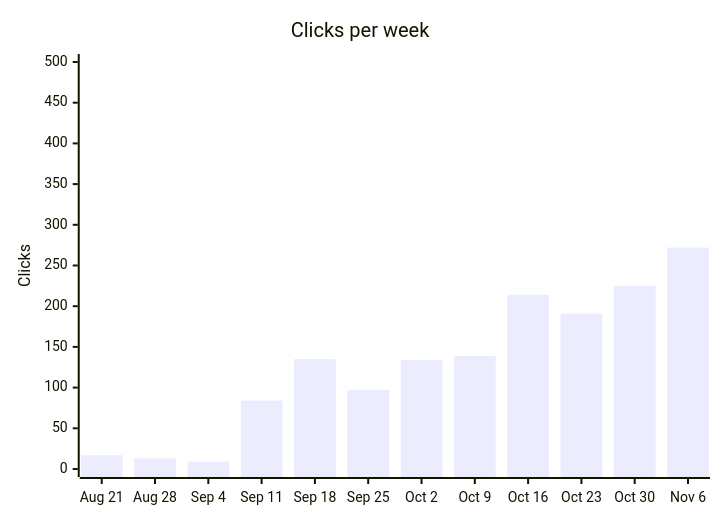
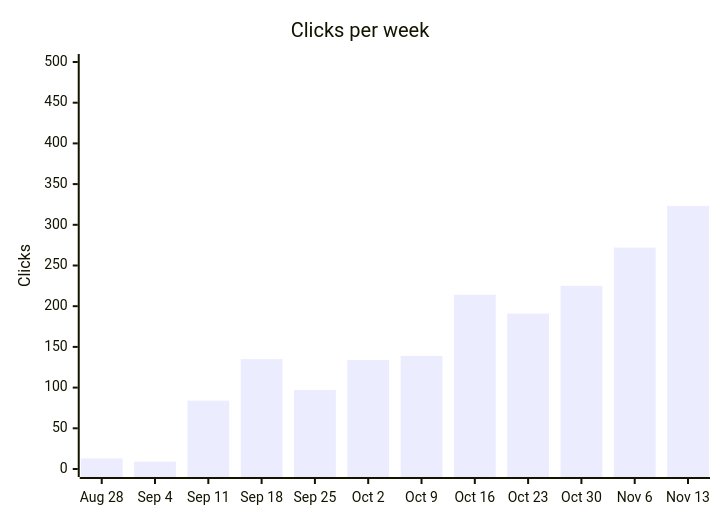
One commit to langx/website changed the first of 13 diagrams in latest.md. Above: the diagram before and after it, drawn with Mermaid. The commit also changed other lines of this file and 2 other files, not shown here.

````diff
--- a/latest.md
+++ b/latest.md
@@ -18,7 +18,7 @@
 ```mermaid
 xychart-beta
   title "Clicks per week"
-  x-axis ["Aug 21", "Aug 28", "Sep 4", "Sep 11", "Sep 18", "Sep 25", "Oct 2", "Oct 9", "Oct 16", "Oct 23", "Oct 30", "Nov 6"]
+  x-axis ["Aug 28", "Sep 4", "Sep 11", "Sep 18", "Sep 25", "Oct 2", "Oct 9", "Oct 16", "Oct 23", "Oct 30", "Nov 6", "Nov 13"]
   y-axis "Clicks" 0 --> 500
-  bar [17, 13, 9, 84, 135, 97, 134, 139, 214, 191, 225, 272]
+  bar [13, 9, 84, 135, 97, 134, 139, 214, 191, 225, 272, 323]
 ```
````
